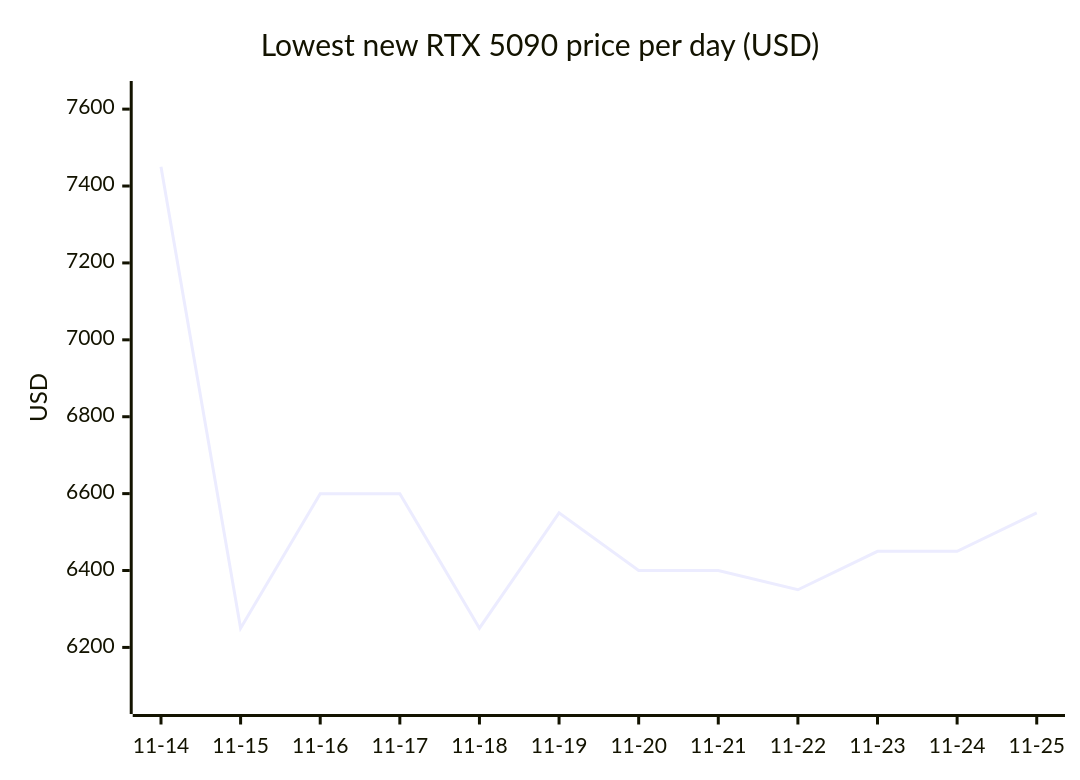
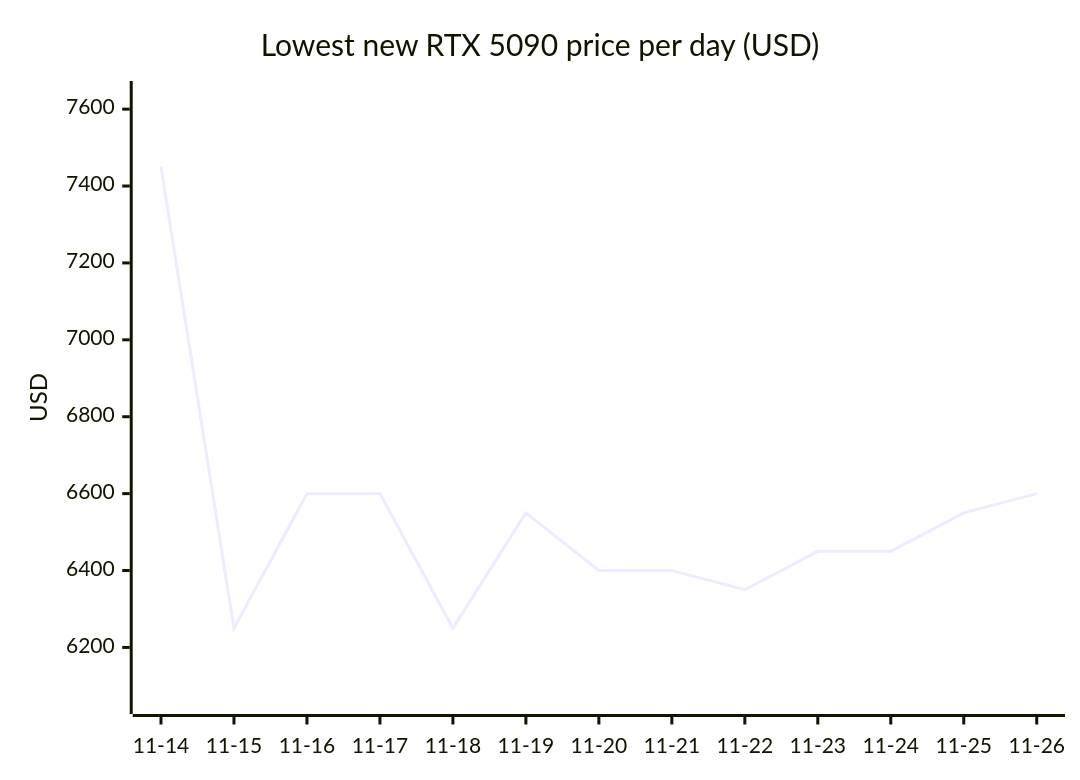
Before and after one commit to 7324136828/4tb_ssd_price_watch: the sixth of 18 diagrams in README.md, drawn with Mermaid. The commit also changed other lines of this file, not shown here.

````diff
--- a/README.md
+++ b/README.md
@@ -947,7 +976,7 @@
 ```mermaid
 xychart-beta
     title "Lowest new RTX 5090 price per day (USD)"
-    x-axis ["11-14", "11-15", "11-16", "11-17", "11-18", "11-19", "11-20", "11-21", "11-22", "11-23", "11-24", "11-25"]
+    x-axis ["11-14", "11-15", "11-16", "11-17", "11-18", "11-19", "11-20", "11-21", "11-22", "11-23", "11-24", "11-25", "11-26"]
     y-axis "USD" 6060 --> 7640
-    line [7450.00, 6249.99, 6599.99, 6599.99, 6249.99, 6549.99, 6399.99, 6399.99, 6349.99, 6449.99, 6449.99, 6549.99]
+    line [7450.00, 6249.99, 6599.99, 6599.99, 6249.99, 6549.99, 6399.99, 6399.99, 6349.99, 6449.99, 6449.99, 6549.99, 6599.99]
 ```
````
